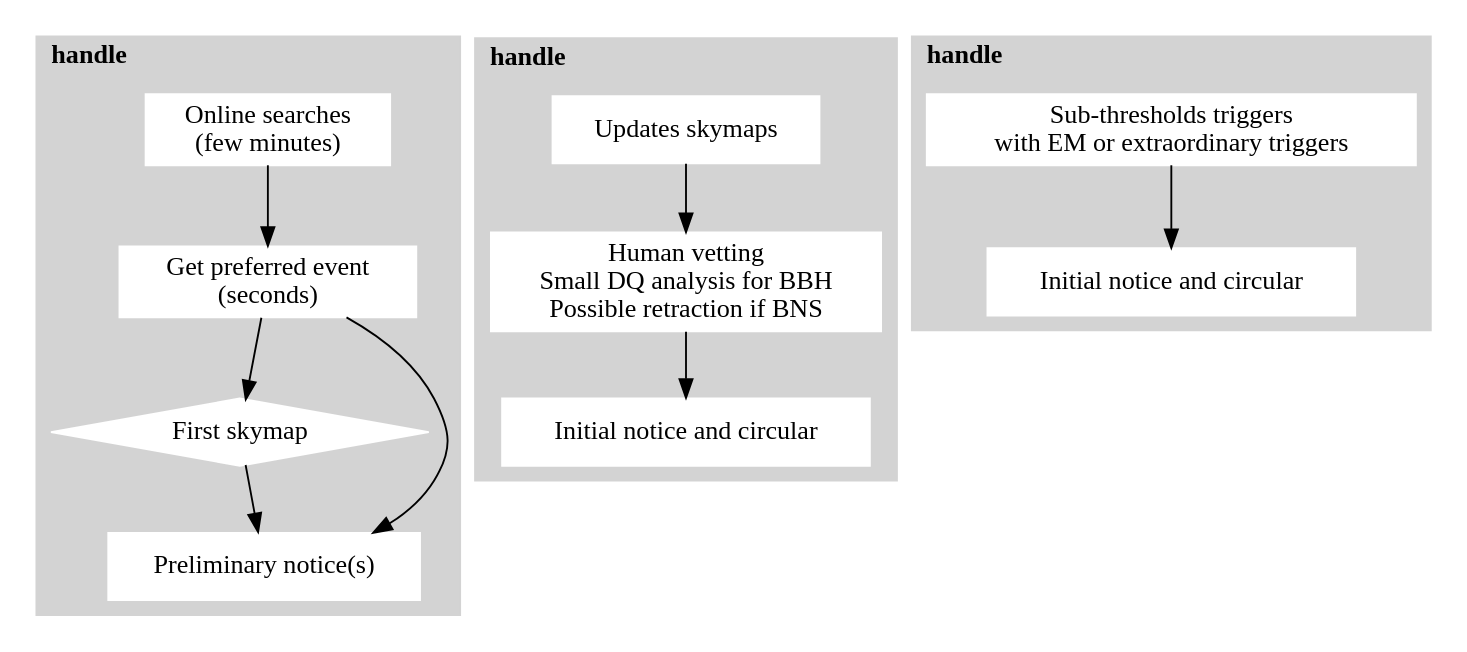
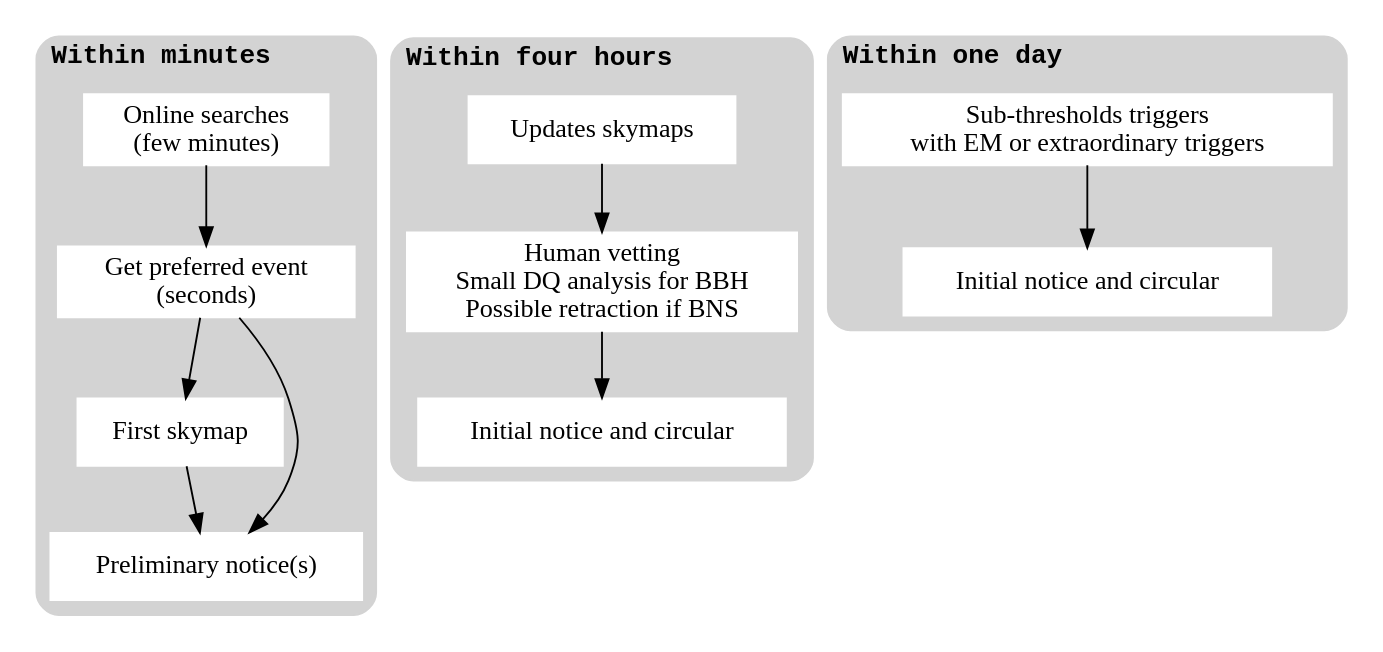
The diagram in procedures/index.rst (lpsinger/userguide), drawn with Graphviz before and after one commit.

Commit message:
More digraph improvements

```diff
--- a/procedures/index.rst
+++ b/procedures/index.rst
@@ -81,7 +81,7 @@
     ]
 
     subgraph cluster_minutes {
-        style = filled;
+        style = "filled, rounded";
         color = lightgrey;
         node [style=filled,color=white];
 
@@ -95,7 +95,6 @@
 
         first_skymap [
             label = "First skymap"
-            shape = diamond
         ]
 
         preliminary_notice [
@@ -106,11 +105,11 @@
         preferred_event -> first_skymap;
         preferred_event -> preliminary_notice;
         first_skymap -> preliminary_notice;
-        label = <<B><FONT face="Within minutes">handle</FONT></B>>
+        label = <<B><FONT face="monospace">Within minutes</FONT></B>>
     }
 
     subgraph cluster_hours {
-        style = filled;
+        style = "filled, rounded";
         color = lightgrey;
         node [style=filled,color=white];
 
@@ -128,11 +127,11 @@
 
         updates_skymaps -> human_vetting;
         human_vetting -> initial_1;
-        label = <<B><FONT face="Within four hours">handle</FONT></B>>
+        label = <<B><FONT face="monospace">Within four hours</FONT></B>>
     }
 
     subgraph cluster_day {
-        style = filled;
+        style = "filled, rounded";
         color = lightgrey;
         node [style=filled,color=white];
 
@@ -145,5 +144,5 @@
         ]
 
         sub_thres -> initial_2;
-        label = <<B><FONT face="Within one day">handle</FONT></B>>
+        label = <<B><FONT face="monospace">Within one day</FONT></B>>
     }
```
